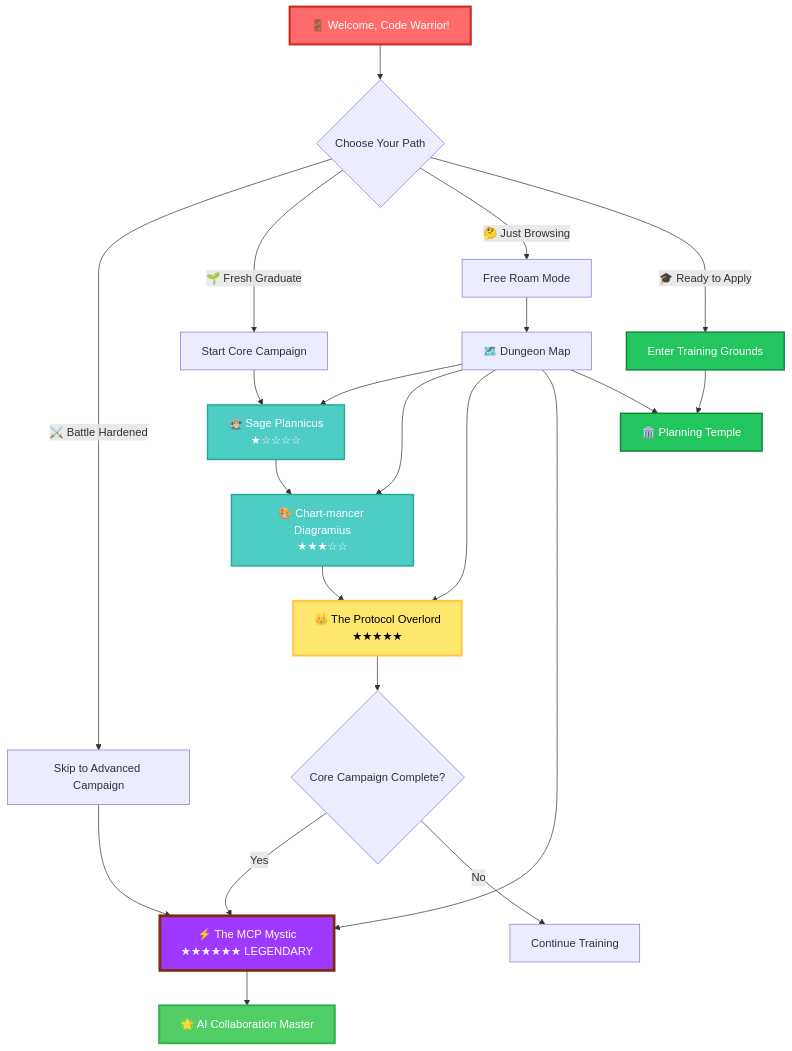
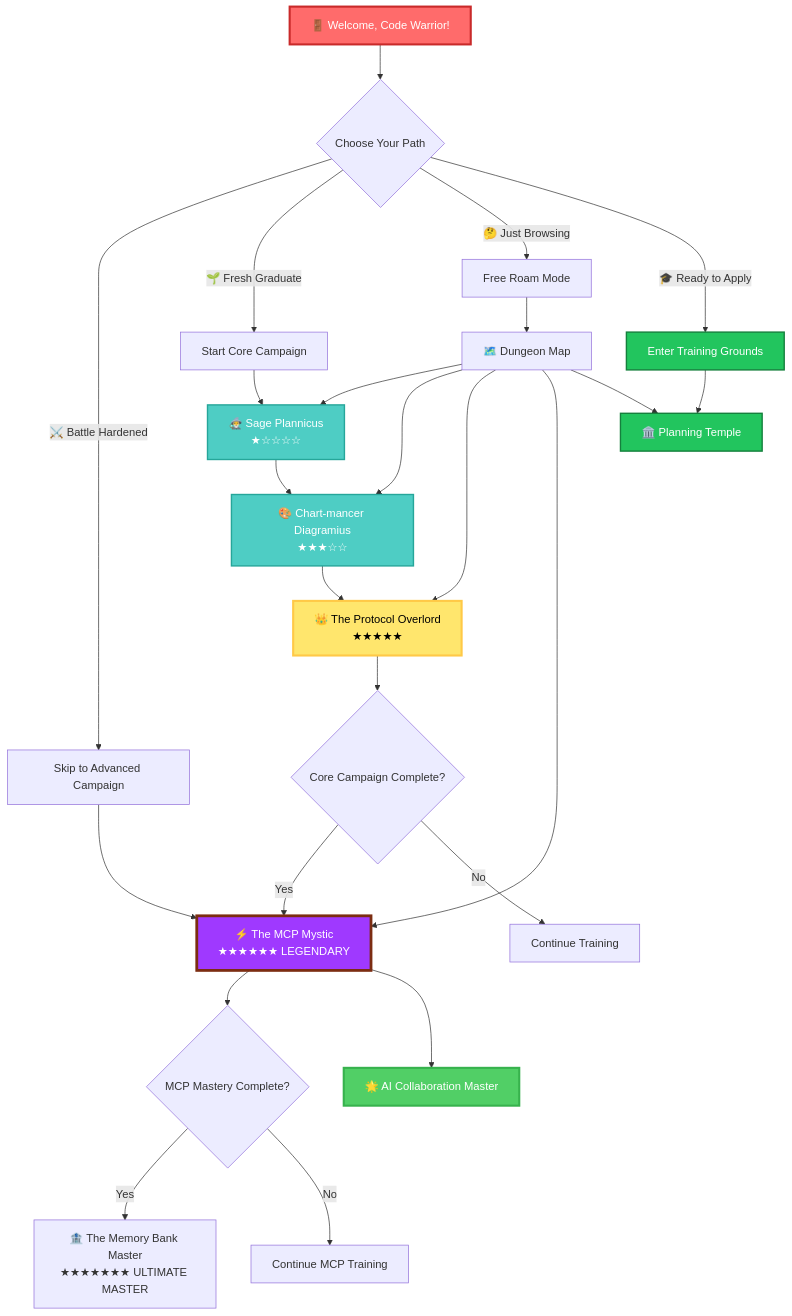
Before and after one commit to giang6283623/cursor-tip: the first of 10 diagrams in README.md, drawn with Mermaid. The commit also changed other lines of this file and 60 other files, not shown here.

````diff
--- a/README.md
+++ b/README.md
@@ -5,43 +5,47 @@
 ```mermaid
 graph TD
     Start[🚪 Welcome, Code Warrior!] --> CharCreate{Choose Your Path}
 
     CharCreate -->|"⚔️ Battle Hardened"| Veteran[Skip to Advanced Campaign]
     CharCreate -->|"🌱 Fresh Graduate"| Beginner[Start Core Campaign]
     CharCreate -->|"🤔 Just Browsing"| Explorer[Free Roam Mode]
     CharCreate -->|"🎓 Ready to Apply"| TrainingMode[Enter Training Grounds]
 
     Beginner --> Quest1[🧙‍♂️ Sage Plannicus<br/>★☆☆☆☆]
     Quest1 --> Quest2[🎨 Chart-mancer Diagramius<br/>★★★☆☆]
     Quest2 --> Quest3[👑 The Protocol Overlord<br/>★★★★★]
 
     Quest3 --> UnlockAdvanced{Core Campaign Complete?}
     UnlockAdvanced -->|"Yes"| AdvancedQuest[⚡ The MCP Mystic<br/>★★★★★★ LEGENDARY]
     UnlockAdvanced -->|"No"| KeepTraining[Continue Training]
+
+    AdvancedQuest --> UnlockUltimate{MCP Mastery Complete?}
+    UnlockUltimate -->|"Yes"| UltimateQuest[🏦 The Memory Bank Master<br/>★★★★★★★ ULTIMATE MASTER]
+    UnlockUltimate -->|"No"| ContinueMCP[Continue MCP Training]
 
     TrainingMode --> TrainingGrounds[🏛️ Planning Temple]
     AdvancedQuest --> MCPMastery[🌟 AI Collaboration Master]
 
     Explorer --> Map[🗺️ Dungeon Map]
     Veteran --> AdvancedQuest
 
     Map --> Quest1
     Map --> Quest2
     Map --> Quest3
     Map --> AdvancedQuest
     Map --> TrainingGrounds
 
     classDef start fill:#ff6b6b,stroke:#c92a2a,stroke-width:3px,color:#fff
     classDef quest fill:#4ecdc4,stroke:#26a69a,stroke-width:2px,color:#fff
     classDef boss fill:#ffe66d,stroke:#ffc947,stroke-width:3px,color:#000
     classDef legendary fill:#9f39ff,stroke:#7c2d12,stroke-width:4px,color:#fff
     classDef training fill:#22c55e,stroke:#15803d,stroke-width:2px,color:#fff
     classDef victory fill:#51cf66,stroke:#37b24d,stroke-width:3px,color:#fff
 
     class Start start
     class Quest1,Quest2 quest
     class Quest3 boss
     class AdvancedQuest legendary
     class TrainingMode,TrainingGrounds training
     class MCPMastery victory
 ```
````
